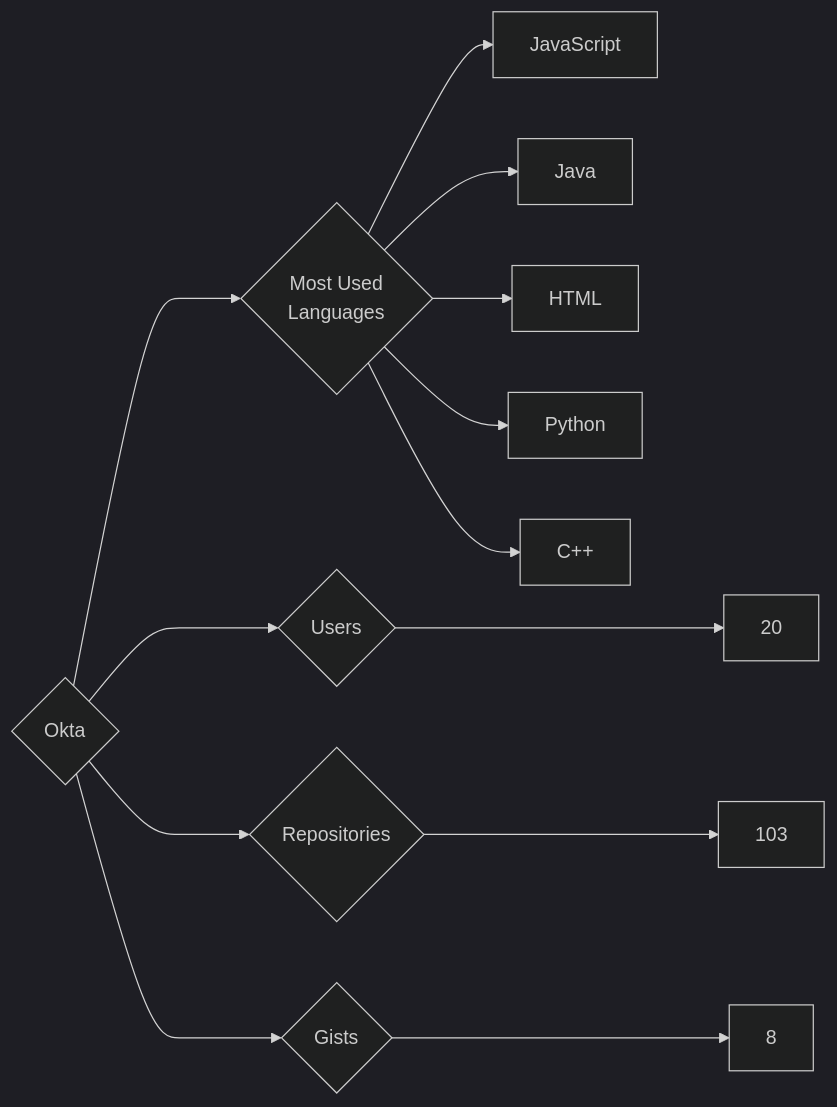
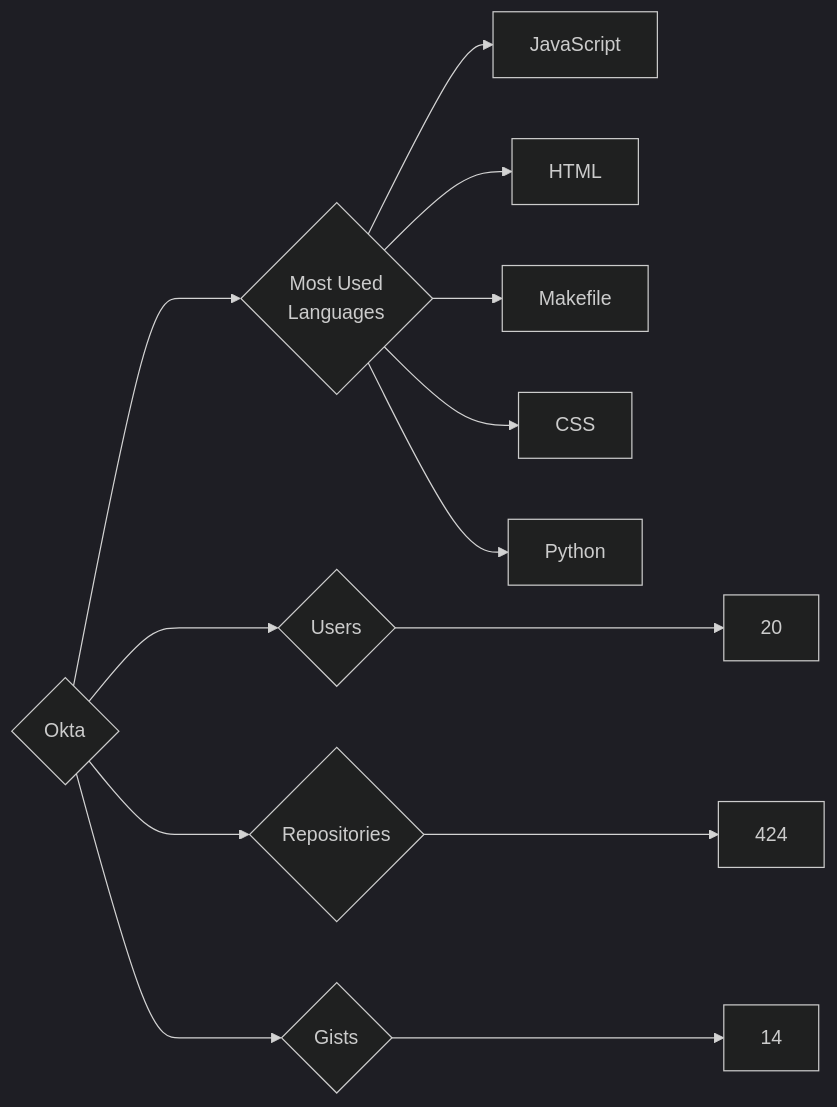
One commit to trickest/insiders changed the diagram in targets/Okta/README.md. Above: the diagram before and after it, drawn with Mermaid (dark theme). The commit also changed 871 other files, not shown here.

````diff
--- a/targets/Okta/README.md
+++ b/targets/Okta/README.md
@@ -3,13 +3,13 @@
 ```mermaid
 graph LR
 COMPANY_NAME{Okta}
 COMPANY_NAME ---> U{Users} ---> UN[20]
-COMPANY_NAME ---> R{Repositories} ---> RN[103]
-COMPANY_NAME ---> G{Gists} ---> GN[8]
+COMPANY_NAME ---> R{Repositories} ---> RN[424]
+COMPANY_NAME ---> G{Gists} ---> GN[14]
 COMPANY_NAME ---> ML{Most Used<br>Languages}
 ML --> JavaScript[JavaScript]
-ML --> Java[Java]
 ML --> HTML[HTML]
+ML --> Makefile[Makefile]
+ML --> CSS[CSS]
 ML --> Python[Python]
-ML --> C++[C++]
 ```
````
